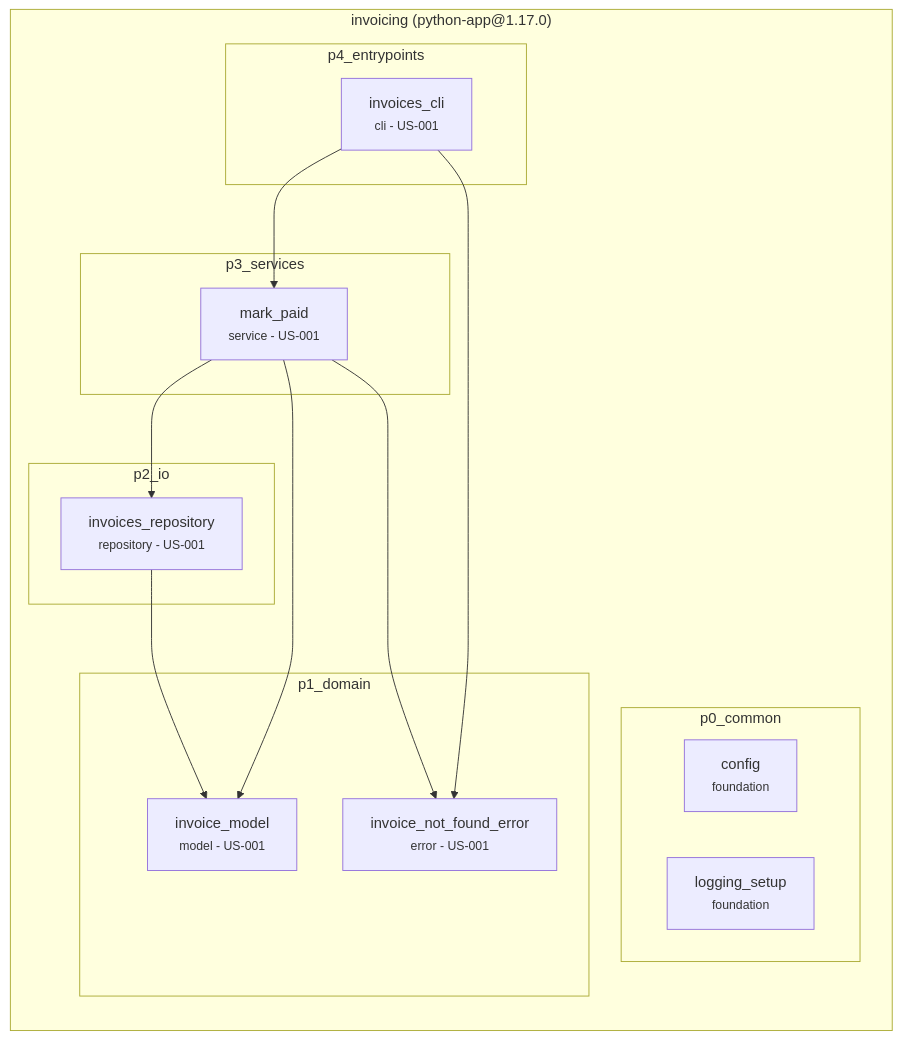
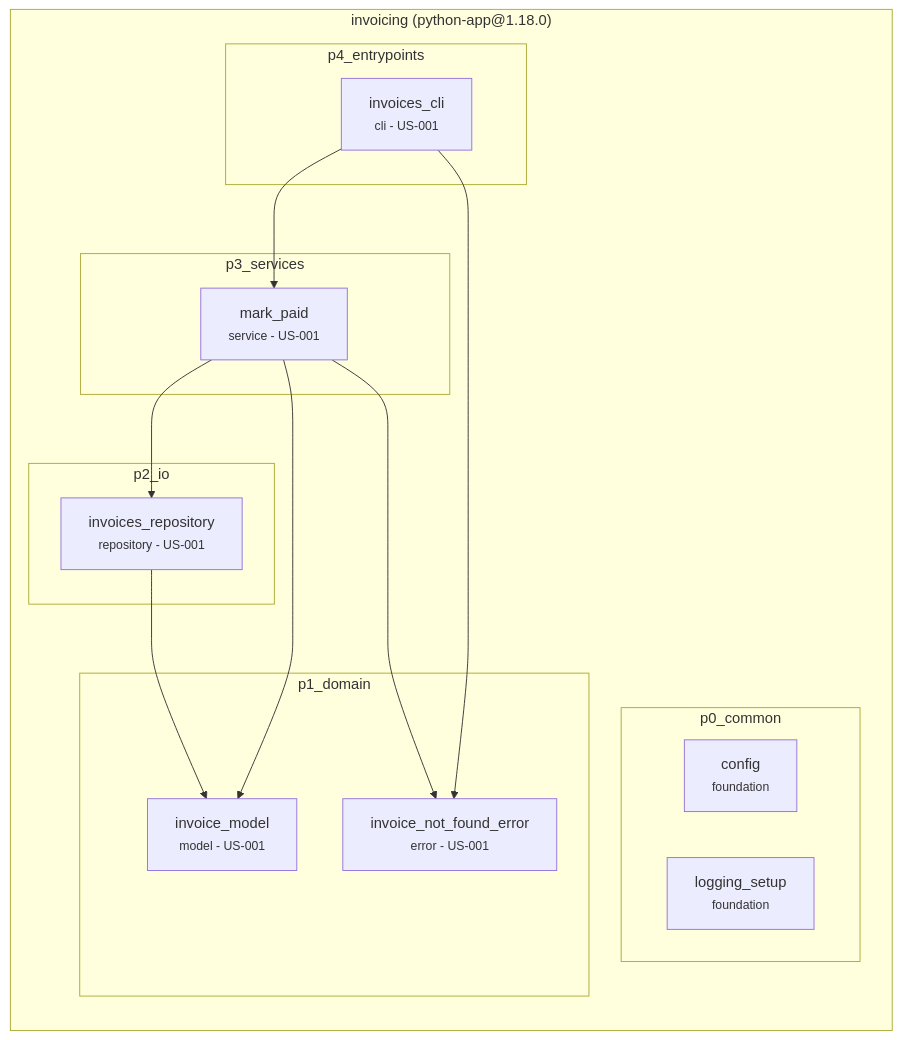
The diagram in contract/archvow/examples/python-app/.archvow/spec.md (archvow/archvow-plugin), drawn with Mermaid before and after one commit. The commit also changed other lines of this file and 116 other files, not shown here.

````diff
--- a/contract/archvow/examples/python-app/.archvow/spec.md
+++ b/contract/archvow/examples/python-app/.archvow/spec.md
@@ -11,30 +11,30 @@
 ```mermaid
 flowchart TB
-  subgraph invoicing["invoicing (python-app@1.17.0)"]
+  subgraph invoicing["invoicing (python-app@1.18.0)"]
     direction TB
     subgraph invoicing__p0_common["p0_common"]
       invoicing__config["config<br/><small>foundation</small>"]
       invoicing__logging_setup["logging_setup<br/><small>foundation</small>"]
     end
     subgraph invoicing__p1_domain["p1_domain"]
       invoicing__invoice_model["invoice_model<br/><small>model - US-001</small>"]
       invoicing__invoice_not_found_error["invoice_not_found_error<br/><small>error - US-001</small>"]
     end
     subgraph invoicing__p2_io["p2_io"]
       invoicing__invoices_repository["invoices_repository<br/><small>repository - US-001</small>"]
     end
     subgraph invoicing__p3_services["p3_services"]
       invoicing__mark_paid["mark_paid<br/><small>service - US-001</small>"]
     end
     subgraph invoicing__p4_entrypoints["p4_entrypoints"]
       invoicing__invoices_cli["invoices_cli<br/><small>cli - US-001</small>"]
     end
   end
   invoicing__invoices_repository --> invoicing__invoice_model
   invoicing__mark_paid --> invoicing__invoice_model
   invoicing__mark_paid --> invoicing__invoice_not_found_error
   invoicing__mark_paid --> invoicing__invoices_repository
   invoicing__invoices_cli --> invoicing__mark_paid
   invoicing__invoices_cli --> invoicing__invoice_not_found_error
   classDef empty fill:none,stroke:none
 ```
````
